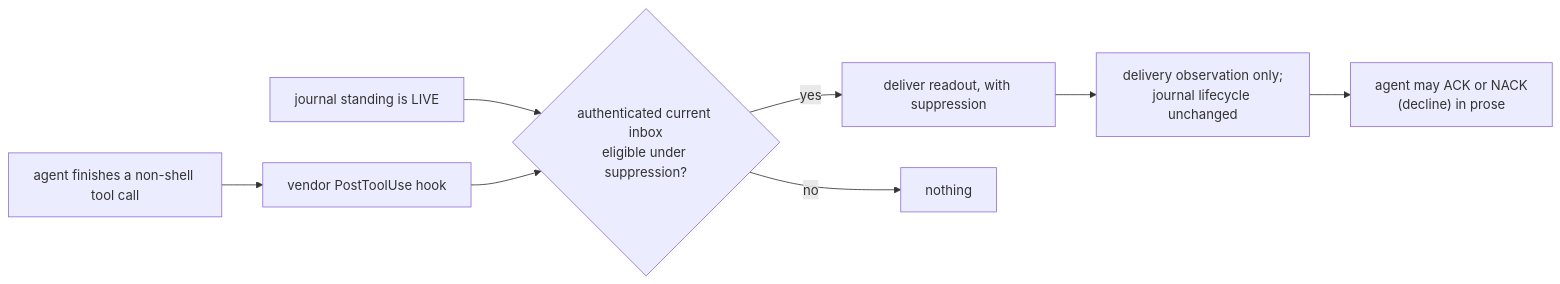
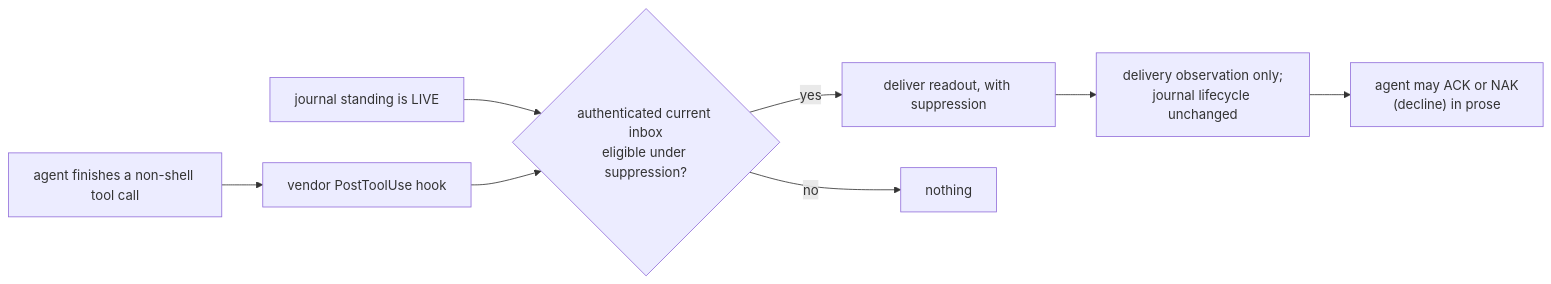
One commit to infimalabs/spice-rust changed the fourth of 9 diagrams in docs/product/planes/hooks.md. Above: the diagram before and after it, drawn with Mermaid. The commit also changed other lines of this file and 43 other files, not shown here.

Commit message:
Align ACK grammar and rename NACK to NAK

````diff
--- a/docs/product/planes/hooks.md
+++ b/docs/product/planes/hooks.md
@@ -72,10 +72,10 @@
 ```mermaid
 flowchart LR
   T["agent finishes a non-shell tool call"] --> H["vendor PostToolUse hook"]
   J["journal standing is LIVE"] --> P{"authenticated current inbox<br/>eligible under suppression?"}
   H --> P
   P -- yes --> R["deliver readout, with suppression"]
   P -- no --> N["nothing"]
   R --> O["delivery observation only;<br/>journal lifecycle unchanged"]
-  O --> A["agent may ACK or NACK<br/>(decline) in prose"]
+  O --> A["agent may ACK or NAK<br/>(decline) in prose"]
 ```
````
